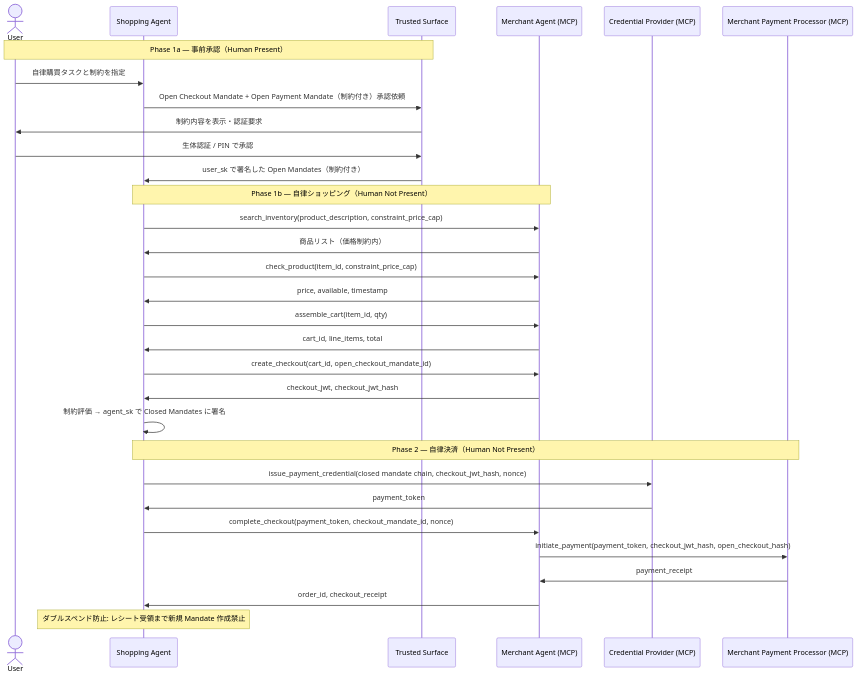
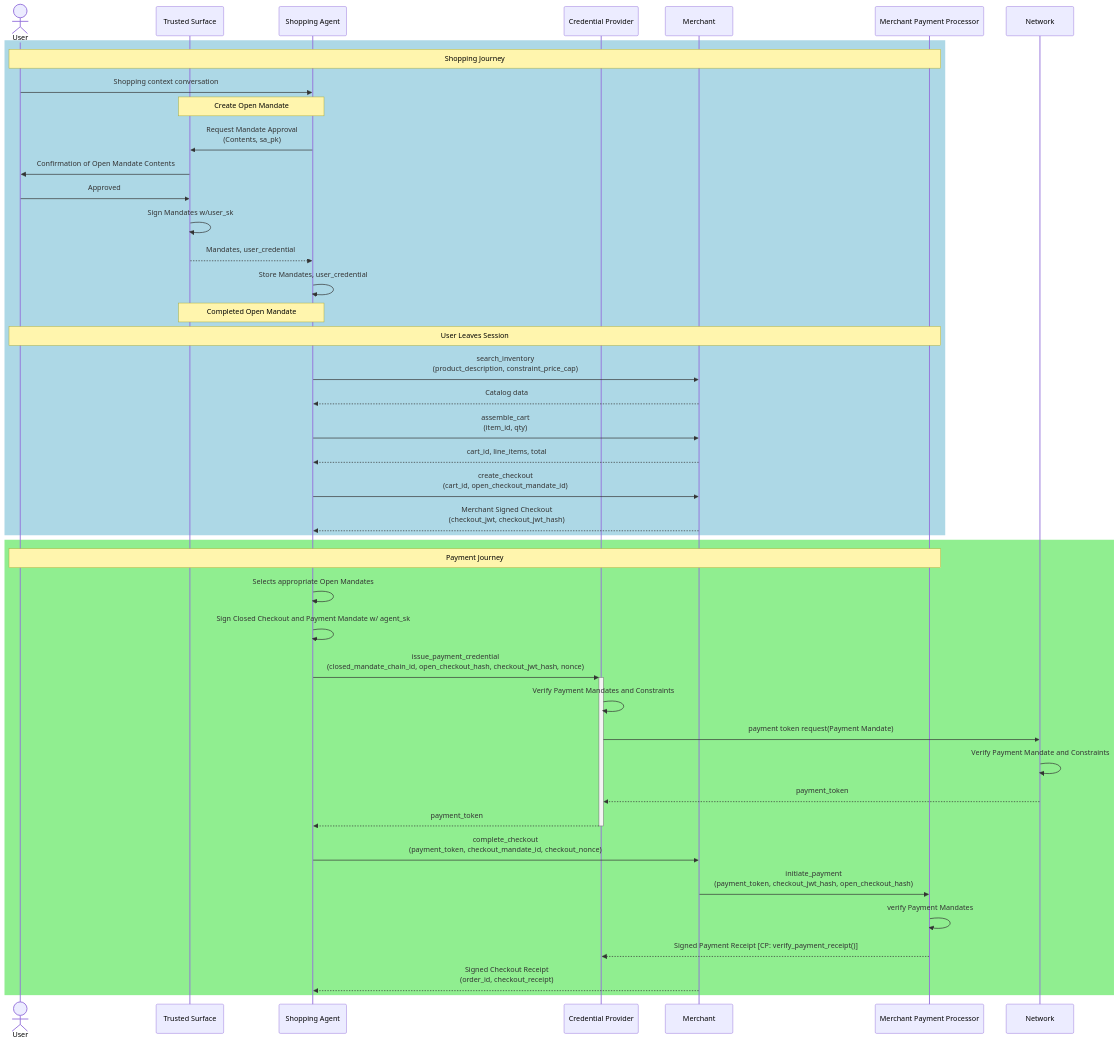
One commit to atakedemo/agent-commerce-research changed the second of 2 diagrams in insights/003-ap2-research/sequence_diagram.md. Above: the diagram before and after it, drawn with Mermaid. The commit also changed other lines of this file, not shown here.

First line of the commit message:
シーケンス図の微修正

````diff
--- a/insights/003-ap2-research/sequence_diagram.md
+++ b/insights/003-ap2-research/sequence_diagram.md
@@ -51,36 +60,47 @@
 ```mermaid
 sequenceDiagram
     actor User
+    participant TS as Trusted Surface
     participant SA as Shopping Agent
-    participant TS as Trusted Surface
-    participant MA as Merchant Agent (MCP)
-    participant CP as Credential Provider (MCP)
-    participant MPP as Merchant Payment Processor (MCP)
+    participant CP as Credential Provider
+    participant MA as Merchant
+    participant MPP as Merchant Payment Processor
+    participant NW as Network
 
-    Note over User,TS: Phase 1a — 事前承認（Human Present）
-    User->>SA: 自律購買タスクと制約を指定
-    SA->>TS: Open Checkout Mandate + Open Payment Mandate（制約付き）承認依頼
-    TS->>User: 制約内容を表示・認証要求
-    User->>TS: 生体認証 / PIN で承認
-    TS->>SA: user_sk で署名した Open Mandates（制約付き）
+    rect rgb(173, 216, 230)
+        Note over User,MPP: Shopping Journey
+        User->>SA: Shopping context conversation
+        Note over SA,TS: Create Open Mandate
+        SA->>TS: Request Mandate Approval<br>(Contents, sa_pk)
+        TS->>User: Confirmation of Open Mandate Contents
+        User->>TS: Approved
+        TS->>TS: Sign Mandates w/user_sk
+        TS-->>SA: Mandates, user_credential
+        SA->>SA: Store Mandates, user_credential
+        Note over SA,TS: Completed Open Mandate
+        Note over User,MPP: User Leaves Session
+        SA->>MA: search_inventory<br>(product_description, constraint_price_cap)
+        MA-->>SA: Catalog data
+        SA->>MA: assemble_cart<br>(item_id, qty)
+        MA-->>SA: cart_id, line_items, total
+        SA->>MA: create_checkout<br>(cart_id, open_checkout_mandate_id)
+        MA-->>SA: Merchant Signed Checkout<br>(checkout_jwt, checkout_jwt_hash)
+    end
 
-    Note over SA,MA: Phase 1b — 自律ショッピング（Human Not Present）
-    SA->>MA: search_inventory(product_description, constraint_price_cap)
-    MA->>SA: 商品リスト（価格制約内）
-    SA->>MA: check_product(item_id, constraint_price_cap)
-    MA->>SA: price, available, timestamp
-    SA->>MA: assemble_cart(item_id, qty)
-    MA->>SA: cart_id, line_items, total
-    SA->>MA: create_checkout(cart_id, open_checkout_mandate_id)
-    MA->>SA: checkout_jwt, checkout_jwt_hash
-    SA->>SA: 制約評価 → agent_sk で Closed Mandates に署名
-
-    Note over SA,MPP: Phase 2 — 自律決済（Human Not Present）
-    SA->>CP: issue_payment_credential(closed mandate chain, checkout_jwt_hash, nonce)
-    CP->>SA: payment_token
-    SA->>MA: complete_checkout(payment_token, checkout_mandate_id, nonce)
-    MA->>MPP: initiate_payment(payment_token, checkout_jwt_hash, open_checkout_hash)
-    MPP->>MA: payment_receipt
-    MA->>SA: order_id, checkout_receipt
-    Note over SA: ダブルスペンド防止: レシート受領まで新規 Mandate 作成禁止
+    rect rgb(144, 238, 144)
+        Note over User,MPP: Payment Journey
+        SA->>SA: Selects appropriate Open Mandates
+        SA->>SA: Sign Closed Checkout and Payment Mandate w/ agent_sk
+        SA->>+CP: issue_payment_credential<br>(closed_mandate_chain_id, open_checkout_hash, checkout_jwt_hash, nonce)
+        CP->>CP: Verify Payment Mandates and Constraints
+        CP->>NW: payment token request(Payment Mandate)
+        NW->>NW: Verify Payment Mandate and Constraints
+        NW-->>CP: payment_token
+        CP-->>-SA: payment_token
+        SA->>MA: complete_checkout<br>(payment_token, checkout_mandate_id, checkout_nonce)
+        MA->>MPP: initiate_payment<br>(payment_token, checkout_jwt_hash, open_checkout_hash)
+        MPP->>MPP: verify Payment Mandates
+        MPP-->>CP: Signed Payment Receipt [CP: verify_payment_receipt()]
+        MA-->>SA: Signed Checkout Receipt<br>(order_id, checkout_receipt)
+    end
 ```
````
